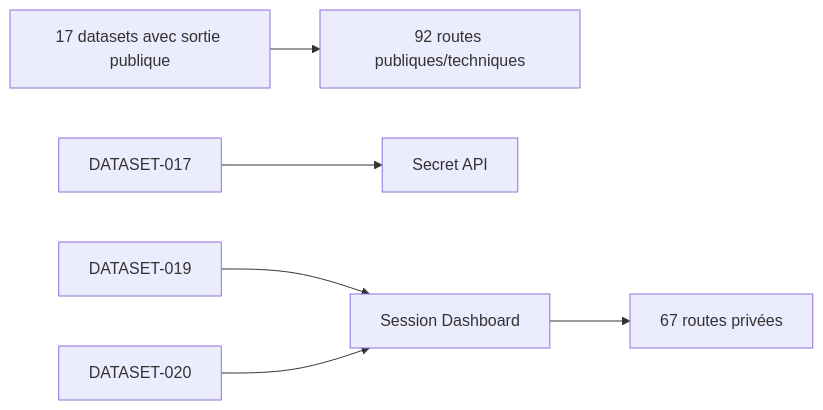
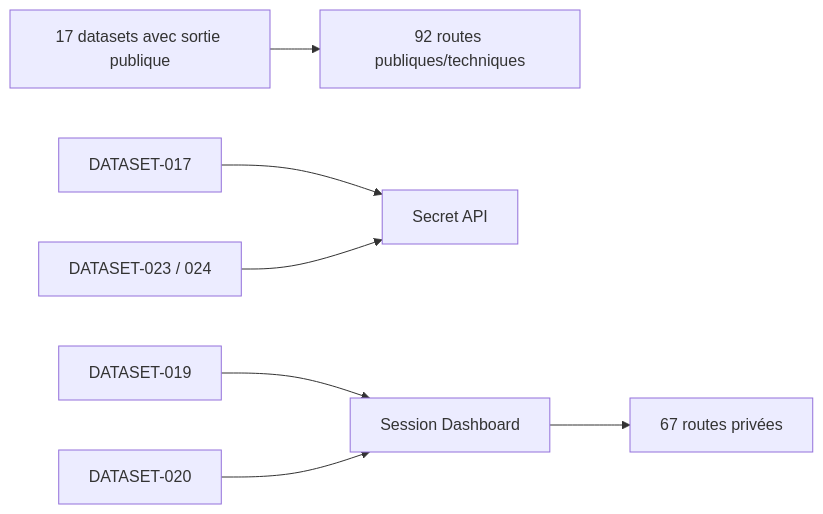
Before and after one commit to Matthieu-Vachet/dashboard_Admin: the diagram in docs/codex/Tome 1 — Foundation (Fondations)/DOC-033-public-private-datasets.md, drawn with Mermaid. The commit also changed other lines of this file and 63 other files, not shown here.

````diff
--- a/docs/codex/Tome 1 — Foundation (Fondations)/DOC-033-public-private-datasets.md
+++ b/docs/codex/Tome 1 — Foundation (Fondations)/DOC-033-public-private-datasets.md
@@ -72,8 +73,9 @@
 ```mermaid
 flowchart LR
   PUB["17 datasets avec sortie publique"] --> API["92 routes publiques/techniques"]
   SHINY["DATASET-017"] --> SECRET["Secret API"]
   WATCH["DATASET-019"] --> SESSION["Session Dashboard"]
   TRAINER["DATASET-020"] --> SESSION
+  GM["DATASET-023 / 024"] --> SECRET
   SESSION --> PRIVATE["67 routes privées"]
 ```
````
